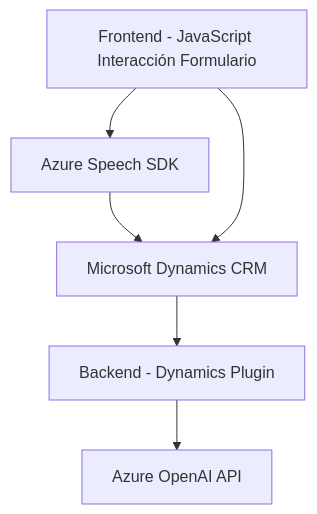
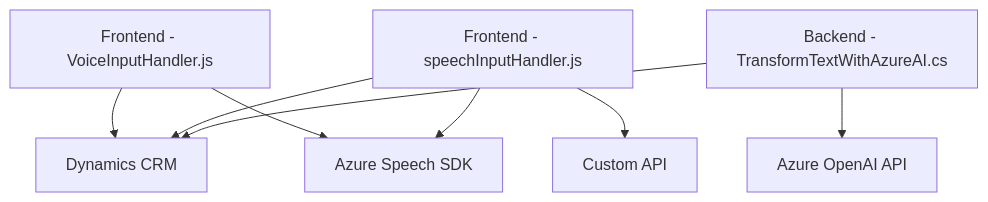
The diagram in README.md (blopezdm/NETCORE_BILBAO2025), drawn with Mermaid before and after one commit. The commit also changed other lines of this file, not shown here.

````diff
--- a/README.md
+++ b/README.md
@@ -38,14 +33,18 @@
 ```mermaid
 graph TD
-    A["Frontend - JavaScript Interacción Formulario"]
-    B["Azure Speech SDK"]
-    C["Backend - Dynamics Plugin"]
-    D["Azure OpenAI API"]
-    E["Microsoft Dynamics CRM"]
+  A["Frontend - VoiceInputHandler.js"]
+  B["Frontend - speechInputHandler.js"]
+  C["Backend - TransformTextWithAzureAI.cs"]
+  D["Azure Speech SDK"]
+  E["Azure OpenAI API"]
+  F["Dynamics CRM"]
+  G["Custom API"]
 
-    A-->B
-    B-->E
-    A-->E
-    E-->C
-    C-->D
+  A --> F
+  B --> F
+  A --> D
+  B --> D
+  B --> G
+  C --> F
+  C --> E
 ```
````
